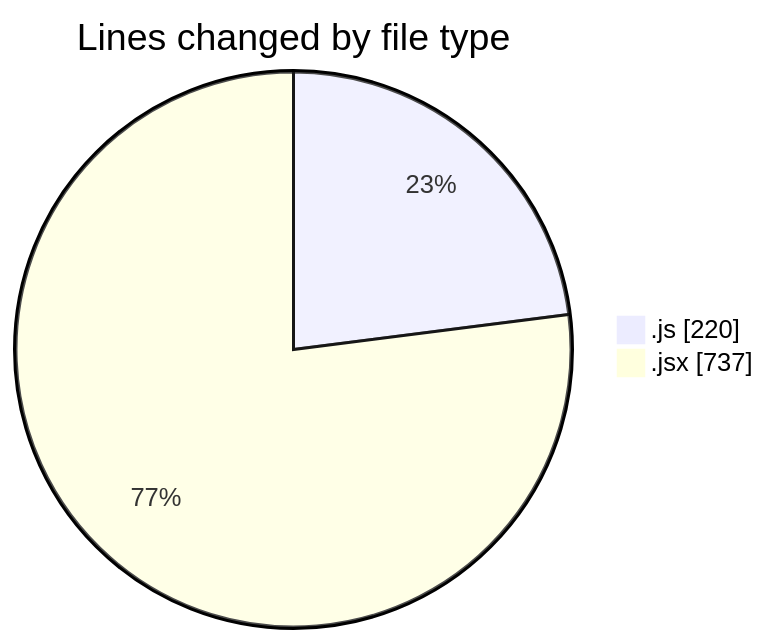
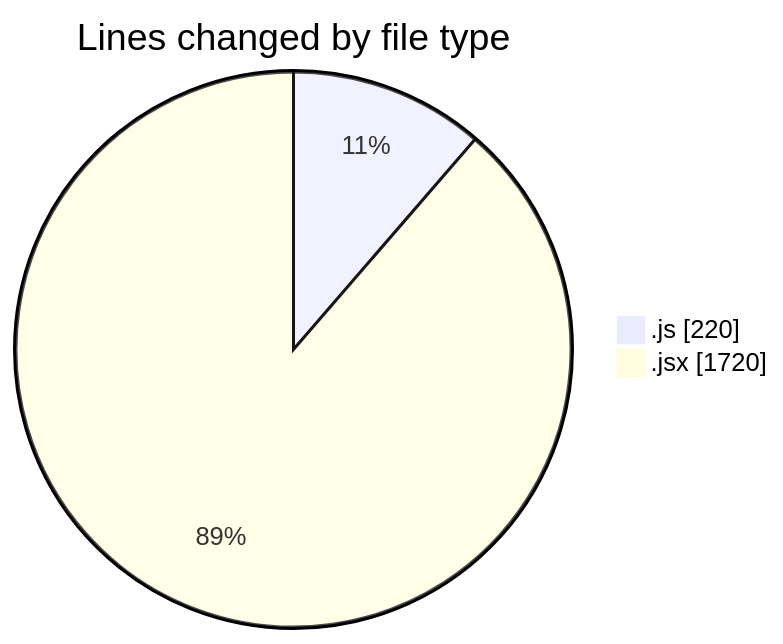
One commit to nxtqubesakshisongat/code-tracking changed the first of 2 diagrams in 2025-11-23/nxtqube_webapp/README.md. Above: the diagram before and after it, drawn with Mermaid. The commit also changed other lines of this file and 1 other file, not shown here.

````diff
--- a/2025-11-23/nxtqube_webapp/README.md
+++ b/2025-11-23/nxtqube_webapp/README.md
@@ -24,6 +25,6 @@
 ```mermaid
 pie showData
 title Lines changed by file type
 ".js" : 220
-".jsx" : 737
+".jsx" : 1720
 ```
````
